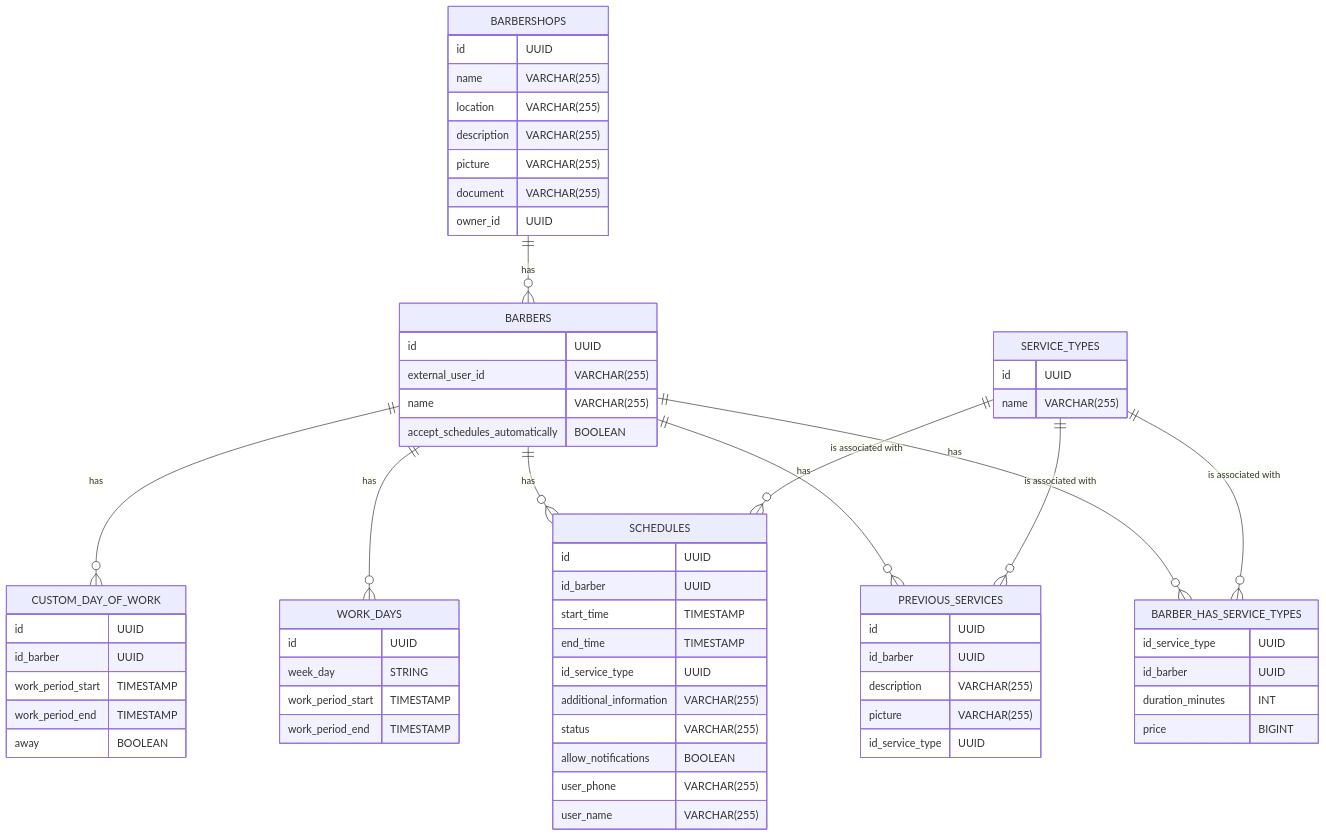
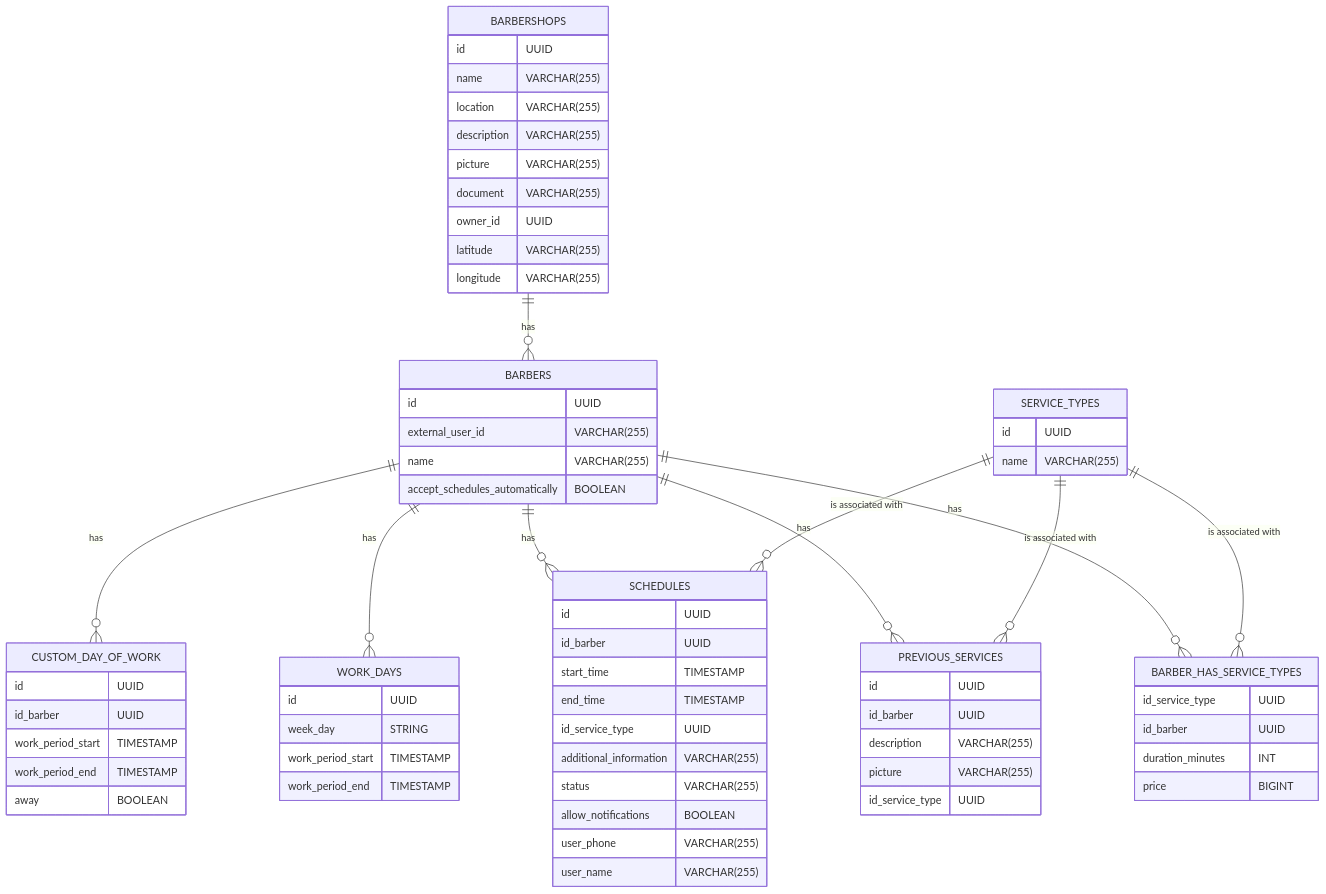
The diagram in README.md (joaojhgs/saas-template), drawn with Mermaid before and after one commit.

Commit message:
docs: add latitude and longitude to barbershops

````diff
--- a/README.md
+++ b/README.md
@@ -44,70 +44,72 @@
 ```mermaid
 erDiagram
     BARBERS {
         id UUID
         external_user_id VARCHAR(255)
         name VARCHAR(255)
         accept_schedules_automatically BOOLEAN
     }
     BARBERSHOPS {
         id UUID
         name VARCHAR(255)
         location VARCHAR(255)
         description VARCHAR(255)
         picture VARCHAR(255)
         document VARCHAR(255)
         owner_id UUID
+        latitude VARCHAR(255)
+        longitude VARCHAR(255)
     }
     PREVIOUS_SERVICES {
         id UUID
         id_barber UUID
         description VARCHAR(255)
         picture VARCHAR(255)
         id_service_type UUID
     }
     SERVICE_TYPES {
         id UUID
         name VARCHAR(255)
     }
     BARBER_HAS_SERVICE_TYPES {
         id_service_type UUID
         id_barber UUID
         duration_minutes INT
         price BIGINT
     }
     SCHEDULES {
         id UUID
         id_barber UUID
         start_time TIMESTAMP
         end_time TIMESTAMP
         id_service_type UUID
         additional_information VARCHAR(255)
         status VARCHAR(255)
         allow_notifications BOOLEAN
         user_phone VARCHAR(255)
         user_name VARCHAR(255)
     }
     WORK_DAYS {
         id UUID
         week_day STRING
         work_period_start TIMESTAMP
         work_period_end TIMESTAMP
     }
     CUSTOM_DAY_OF_WORK {
         id UUID
         id_barber UUID
         work_period_start TIMESTAMP
         work_period_end TIMESTAMP
         away BOOLEAN
     }
     
     BARBERS ||--o{ BARBER_HAS_SERVICE_TYPES : "has"
     BARBERS ||--o{ SCHEDULES : "has"
     BARBERS ||--o{ PREVIOUS_SERVICES : "has"
     BARBERSHOPS ||--o{ BARBERS : "has"
     SERVICE_TYPES ||--o{ BARBER_HAS_SERVICE_TYPES : "is associated with"
     SERVICE_TYPES ||--o{ PREVIOUS_SERVICES : "is associated with"
     SERVICE_TYPES ||--o{ SCHEDULES : "is associated with"
     BARBERS ||--o{ WORK_DAYS : "has"
     BARBERS ||--o{ CUSTOM_DAY_OF_WORK : "has"
 ```
````
